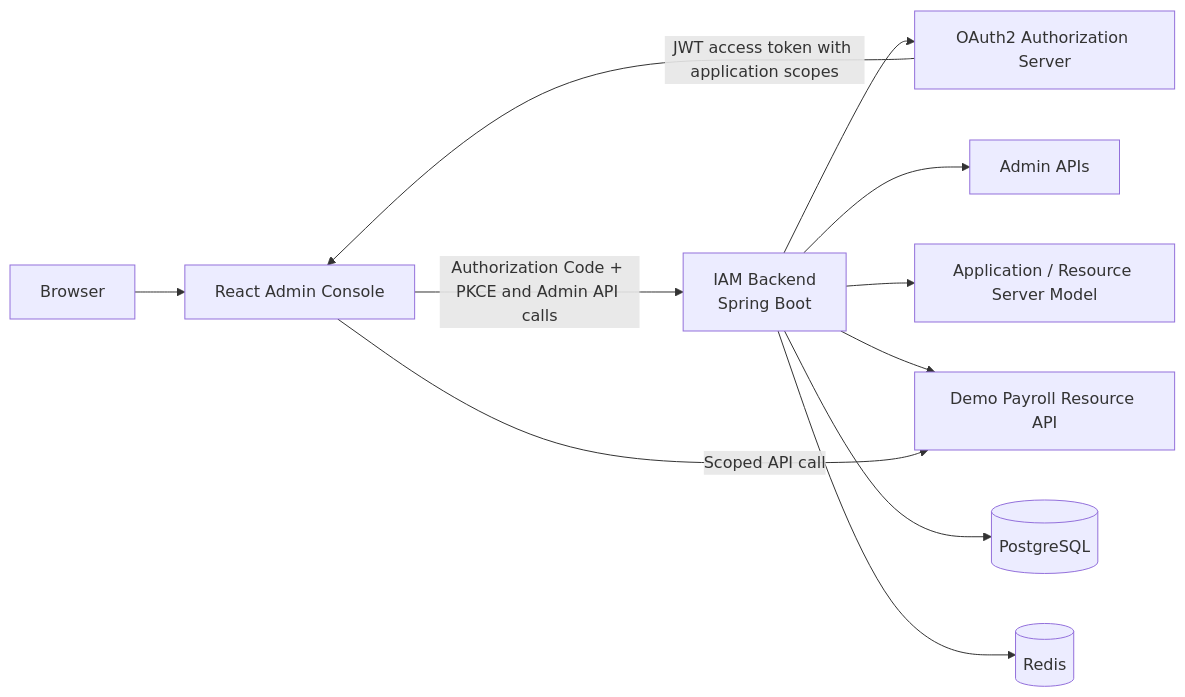
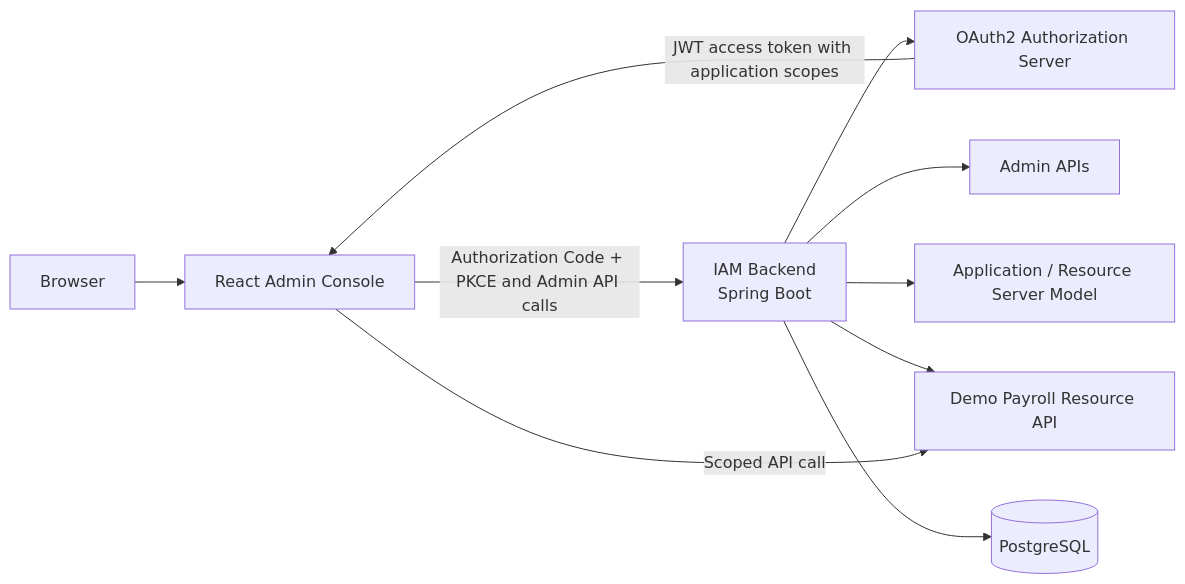
Before and after one commit to doubletree0657/identityforge: the first of 2 diagrams in README.md, drawn with Mermaid. The commit also changed other lines of this file and 335 other files, not shown here.

Commit message:
refactor: harden IAM foundation architecture

````diff
--- a/README.md
+++ b/README.md
@@ -138,23 +140,21 @@
 ```mermaid
 flowchart LR
     Browser[Browser]
     Console[React Admin Console]
     Backend[IAM Backend<br/>Spring Boot]
     Auth[OAuth2 Authorization Server]
     Admin[Admin APIs]
     Model[Application / Resource Server Model]
     Payroll[Demo Payroll Resource API]
     DB[(PostgreSQL)]
-    Redis[(Redis)]
 
     Browser --> Console
     Console -->|Authorization Code + PKCE and Admin API calls| Backend
     Backend --> Auth
     Backend --> Admin
     Backend --> Model
     Backend --> Payroll
     Backend --> DB
-    Backend --> Redis
     Auth -->|JWT access token with application scopes| Console
     Console -->|Scoped API call| Payroll
 ```
````
